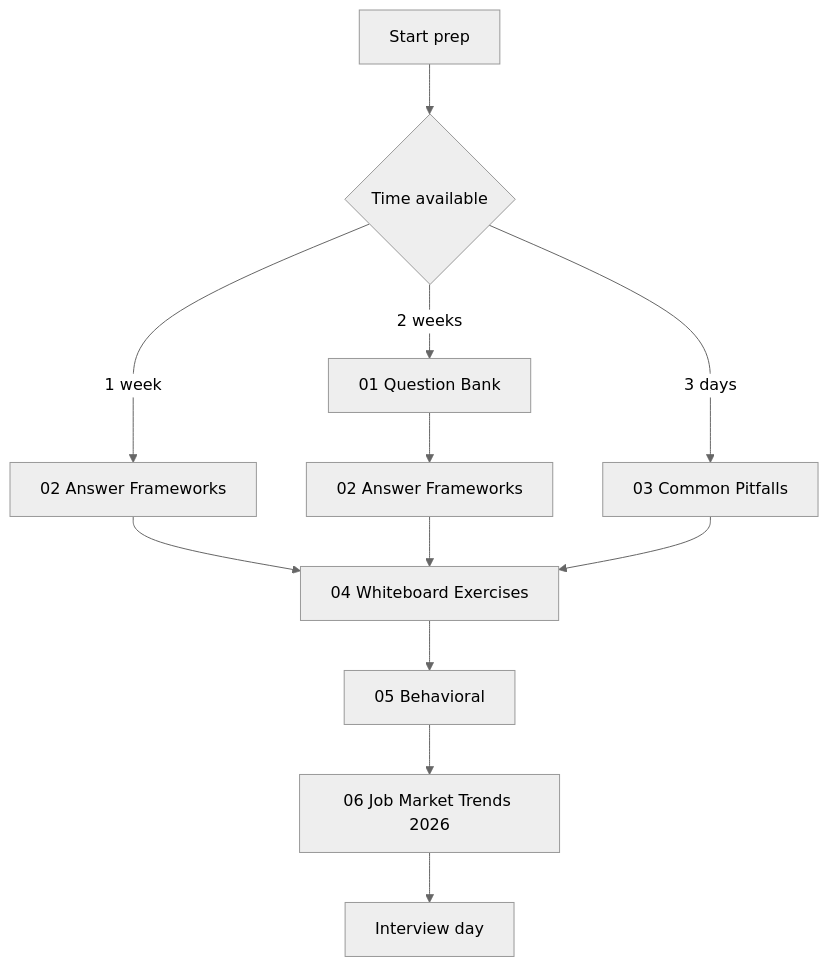
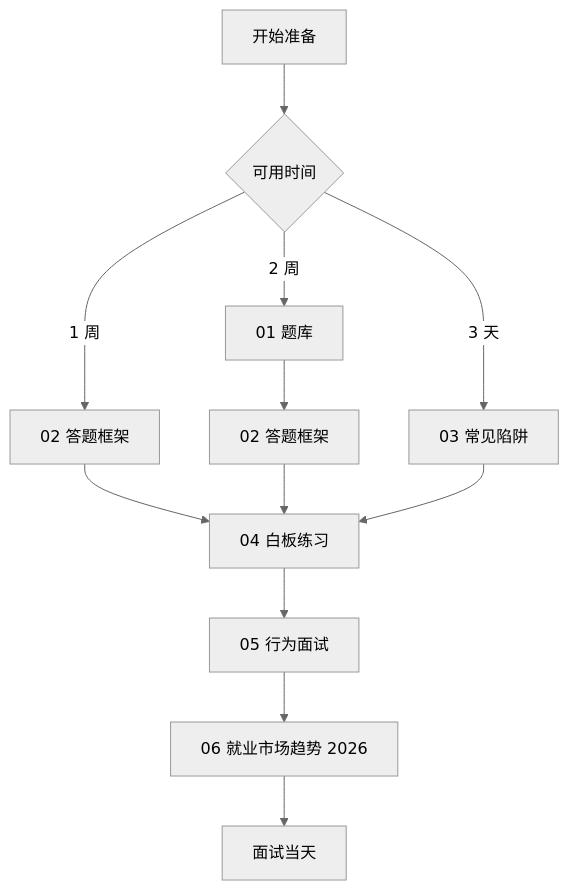
Before and after one commit to ChiHoc/ai-system-design-guide-zh: the first of 2 diagrams in 00-interview-prep/README.md, drawn with Mermaid (neutral theme). The commit also changed other lines of this file and 17 other files, not shown here.

````diff
--- a/00-interview-prep/README.md
+++ b/00-interview-prep/README.md
@@ -15,14 +15,14 @@
 ```mermaid
 flowchart TD
-    A[Start prep] --> B{Time available}
-    B -->|2 weeks| C[01 Question Bank]
-    B -->|1 week| D[02 Answer Frameworks]
-    B -->|3 days| E[03 Common Pitfalls]
-    C --> F[02 Answer Frameworks]
-    D --> G[04 Whiteboard Exercises]
+    A[开始准备] --> B{可用时间}
+    B -->|2 周| C[01 题库]
+    B -->|1 周| D[02 答题框架]
+    B -->|3 天| E[03 常见陷阱]
+    C --> F[02 答题框架]
+    D --> G[04 白板练习]
     F --> G
     E --> G
-    G --> H[05 Behavioral]
-    H --> I[06 Job Market Trends 2026]
-    I --> J[Interview day]
+    G --> H[05 行为面试]
+    H --> I[06 就业市场趋势 2026]
+    I --> J[面试当天]
 ```
````
